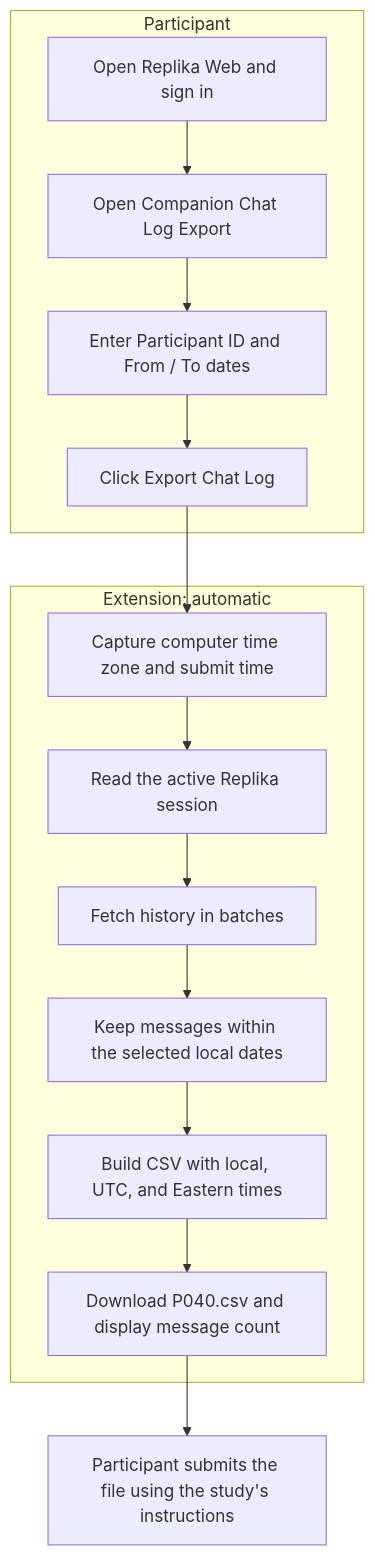
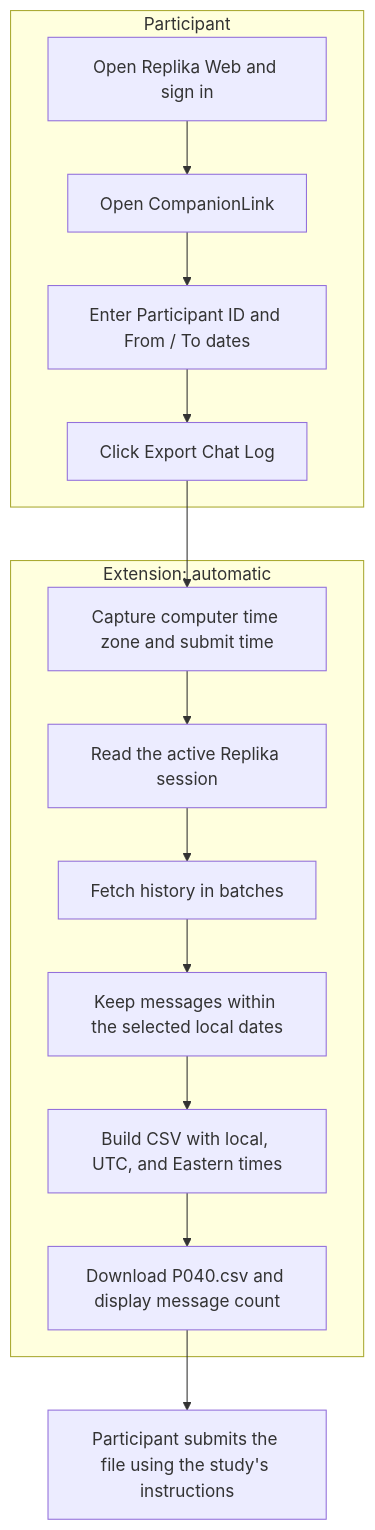
Before and after one commit to PengLin-Zilv/CompanionLink: the diagram in docs/replika/replika-visual-workflow.md, drawn with Mermaid. The commit also changed 7 other files, not shown here.

First line of the commit message:
chore: rename the extension to CompanionLink

````diff
--- a/docs/replika/replika-visual-workflow.md
+++ b/docs/replika/replika-visual-workflow.md
@@ -8,20 +8,20 @@
 ```mermaid
 flowchart TD
     subgraph participant["Participant"]
-        A["Open Replika Web and sign in"] --> B["Open Companion Chat Log Export"]
+        A["Open Replika Web and sign in"] --> B["Open CompanionLink"]
         B --> C["Enter Participant ID and From / To dates"]
         C --> D["Click Export Chat Log"]
     end
 
     subgraph extension["Extension: automatic"]
         E["Capture computer time zone and submit time"]
         E --> F["Read the active Replika session"]
         F --> G["Fetch history in batches"]
         G --> H["Keep messages within the selected local dates"]
         H --> I["Build CSV with local, UTC, and Eastern times"]
         I --> J["Download P040.csv and display message count"]
     end
 
     D --> E
     J --> K["Participant submits the file using the study's instructions"]
 ```
````
